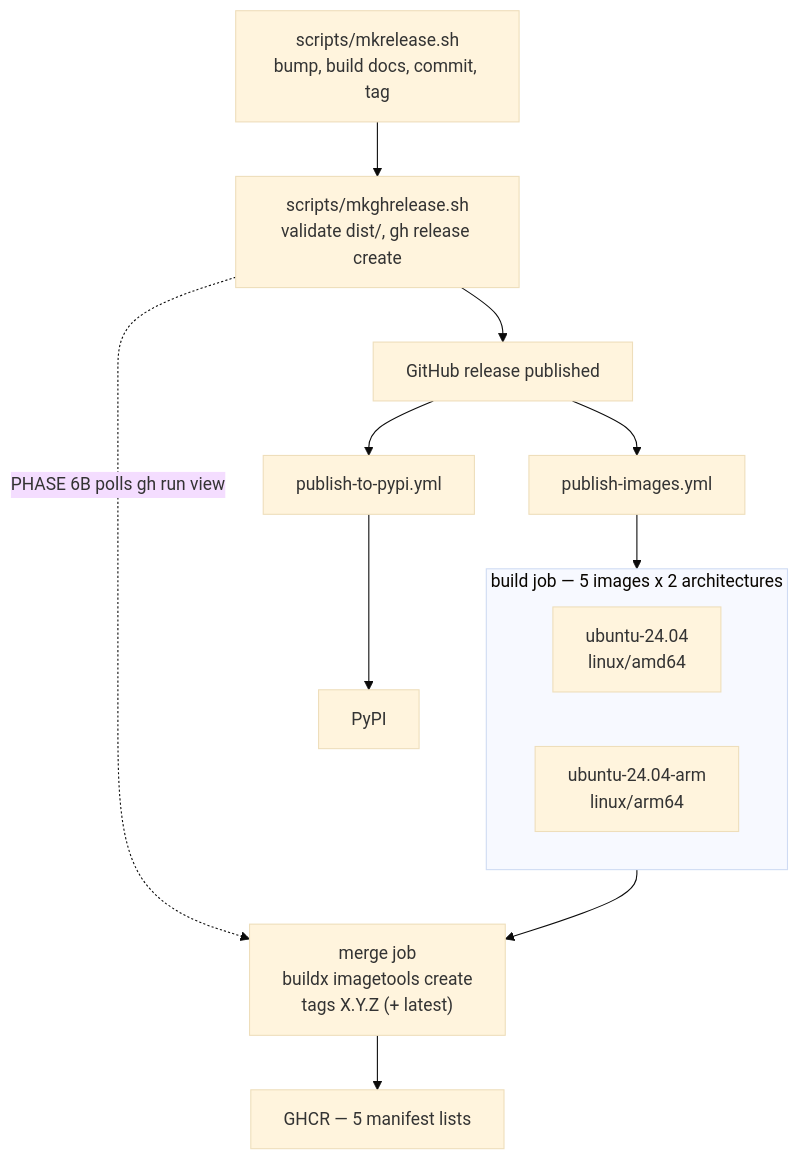
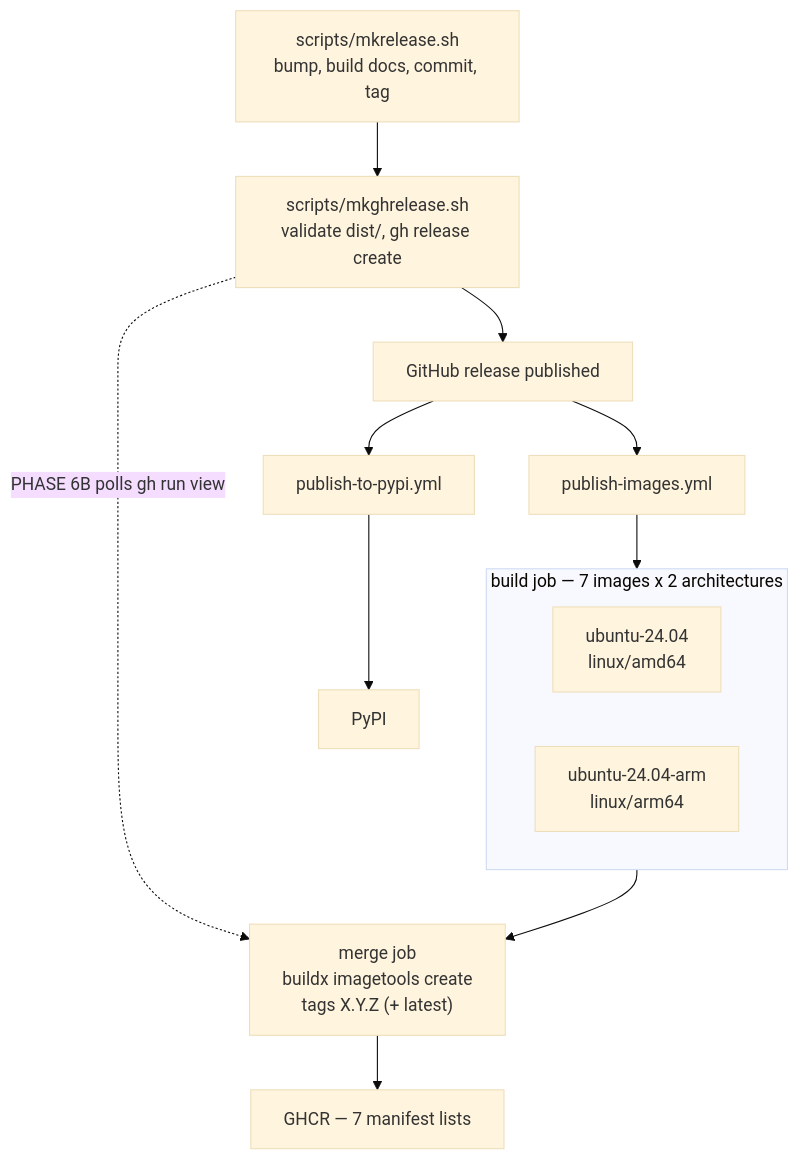
Before and after one commit to johan162/EduMatcher: the sixth of 8 diagrams in docs/books/architecture-and-development/part-4-developing/050-containers-and-networks.md, drawn with Mermaid (base theme). The commit also changed other lines of this file and 71 other files, not shown here.

````diff
--- a/docs/books/architecture-and-development/part-4-developing/050-containers-and-networks.md
+++ b/docs/books/architecture-and-development/part-4-developing/050-containers-and-networks.md
@@ -466,20 +466,20 @@
 ```mermaid
 flowchart TD
     MK["scripts/mkrelease.sh\nbump, build docs, commit, tag"]
     GHR["scripts/mkghrelease.sh\nvalidate dist/, gh release create"]
     REL["GitHub release published"]
 
     PY["publish-to-pypi.yml"]
     IMG["publish-images.yml"]
 
-    subgraph matrix["build job — 5 images x 2 architectures"]
+    subgraph matrix["build job — 7 images x 2 architectures"]
         AMD["ubuntu-24.04\nlinux/amd64"]
         ARM["ubuntu-24.04-arm\nlinux/arm64"]
     end
     MERGE["merge job\nbuildx imagetools create\ntags X.Y.Z (+ latest)"]
 
     MK --> GHR --> REL
     REL --> PY --> PYPI["PyPI"]
-    REL --> IMG --> matrix --> MERGE --> GHCR["GHCR — 5 manifest lists"]
+    REL --> IMG --> matrix --> MERGE --> GHCR["GHCR — 7 manifest lists"]
     GHR -.->|"PHASE 6B polls gh run view"| MERGE
 ```
````
